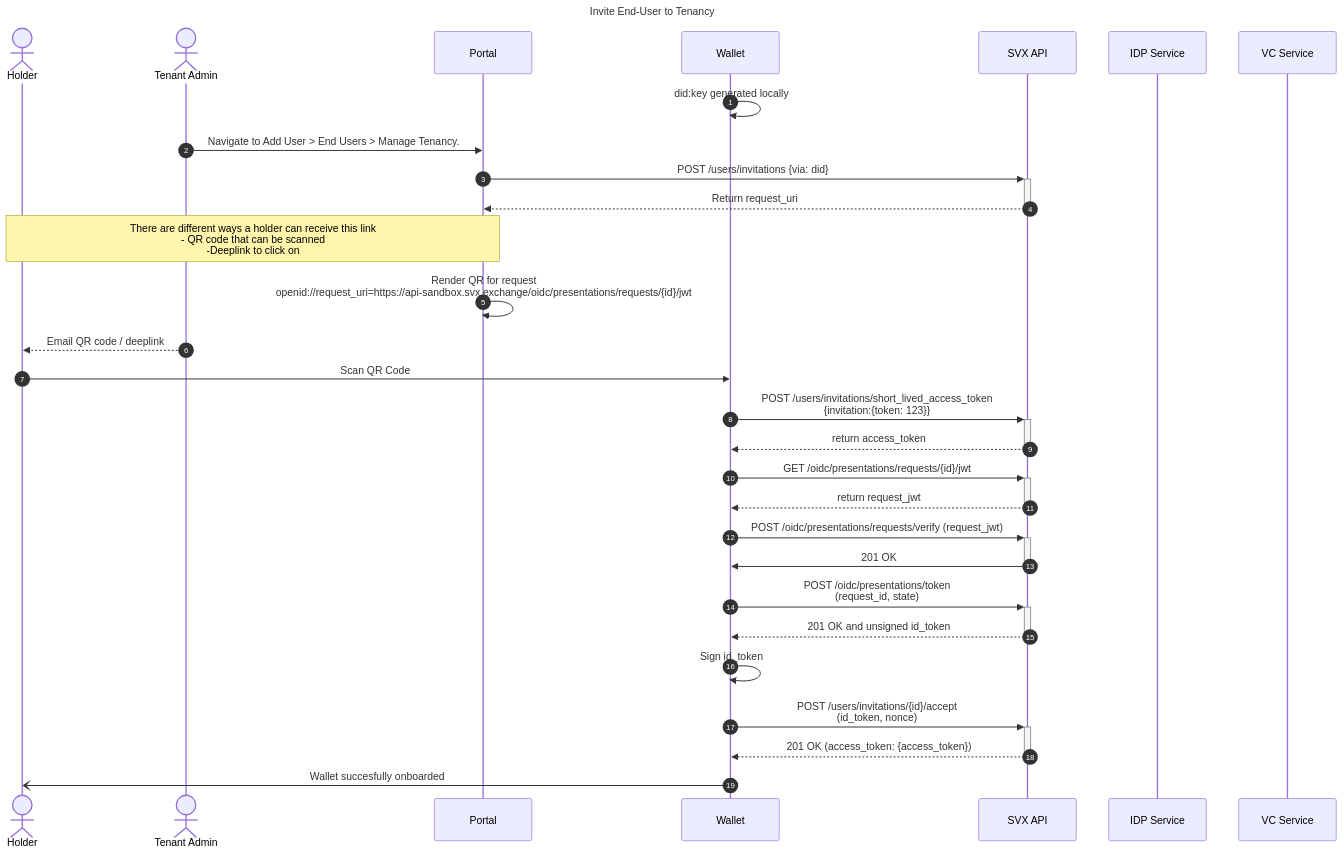
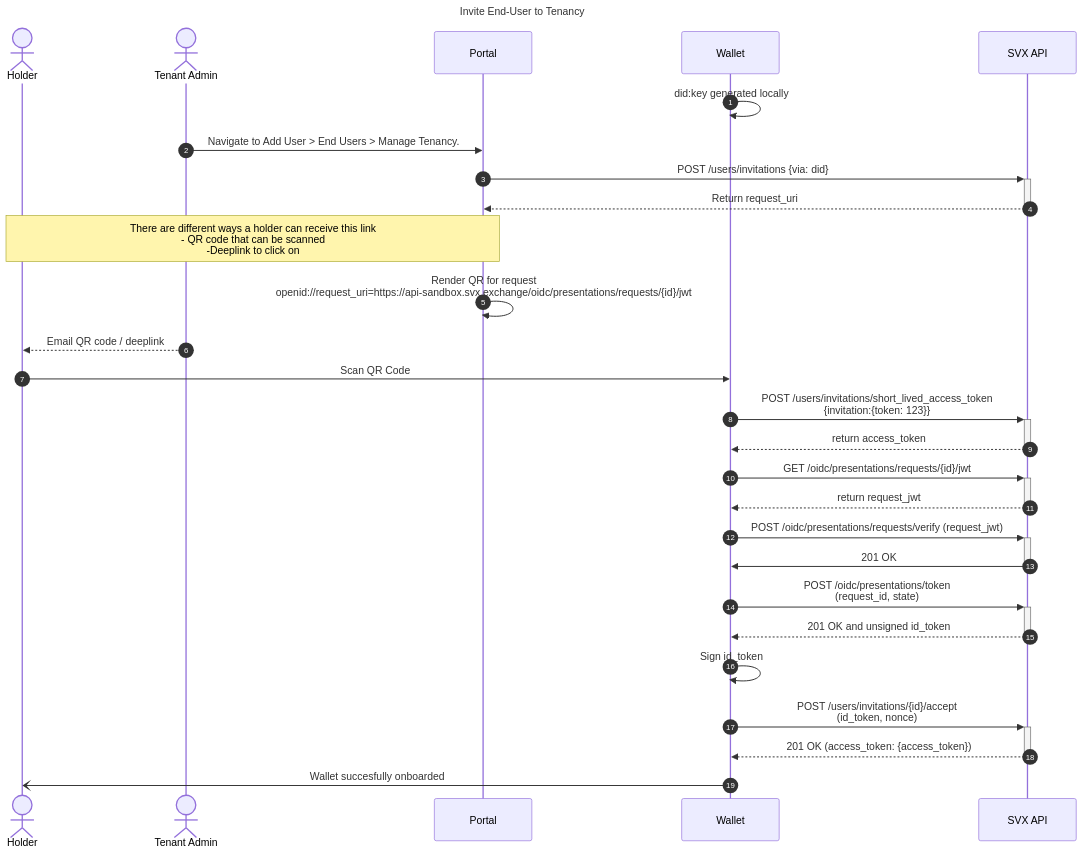
Before and after one commit to Meeco/docs: the diagram in guides/users/inviting-end-users.md, drawn with Mermaid.

Commit message:
Remove participants from seqd

````diff
--- a/guides/users/inviting-end-users.md
+++ b/guides/users/inviting-end-users.md
@@ -5,40 +5,38 @@
 ```mermaid
 sequenceDiagram
   title Invite End-User to Tenancy
 
   autonumber
 
   actor H as Holder
   actor TA as Tenant Admin
 
   participant P as Portal
   participant W as Wallet
   participant API as SVX API
-  participant IDP as IDP Service
-  participant VC as VC Service
 
   W->>W: did:key generated locally
   TA->>P: Navigate to Add User > End Users > Manage Tenancy.
   P->>+API: POST /users/invitations {via: did}
   API-->>-P: Return request_uri
   Note over H,P: There are different ways a holder can receive this link<br>- QR code that can be scanned<br>-Deeplink to click on
   P->>P: Render QR for request <br> openid://request_uri=https://api-sandbox.svx.exchange/oidc/presentations/requests/{id}/jwt
 
   TA-->>H: Email QR code / deeplink
 
   H->>W: Scan QR Code
   W->>+API: POST /users/invitations/short_lived_access_token<br/>{invitation:{token: 123}}
   API-->>-W: return access_token
   W->>+API: GET /oidc/presentations/requests/{id}/jwt
   API-->>-W: return request_jwt
   W->>+API: POST /oidc/presentations/requests/verify (request_jwt)
   API->>-W: 201 OK
   W->>+API: POST /oidc/presentations/token<br>(request_id, state)
   API-->>-W: 201 OK and unsigned id_token
   W->>W: Sign id_token
 
   W->>+API: POST /users/invitations/{id}/accept <br>(id_token, nonce)
   API-->>-W: 201 OK (access_token: {access_token})
 
   W-)H: Wallet succesfully onboarded
 ```
````
